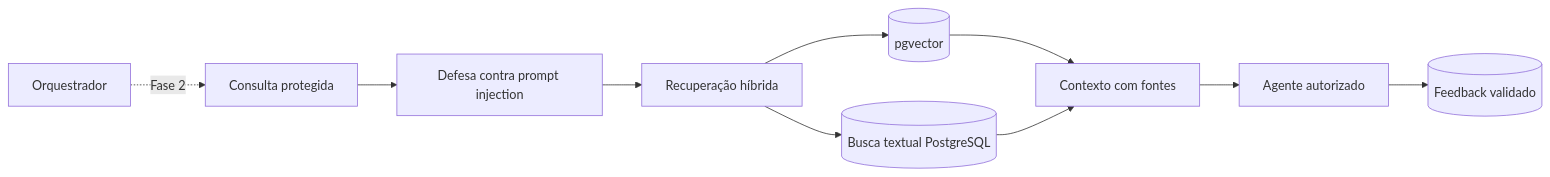
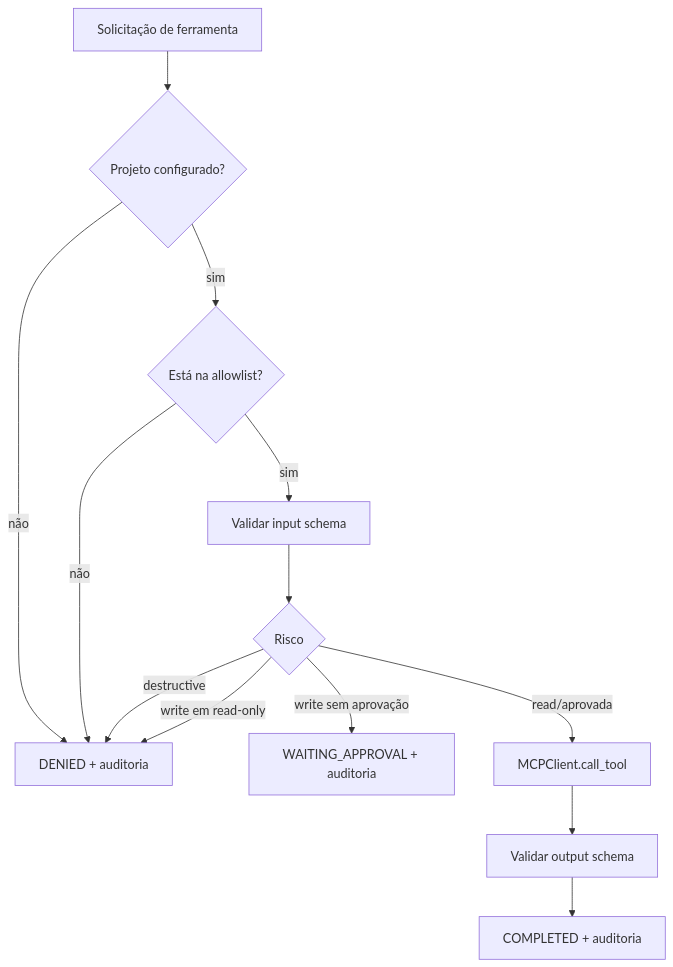
One commit to AriRoberto/ai-engineering-orchestrator changed the third of 3 diagrams in docs/pt-BR/guia-arquitetura.md. Above: the diagram before and after it, drawn with Mermaid. The commit also changed other lines of this file and 40 other files, not shown here.

````diff
--- a/docs/pt-BR/guia-arquitetura.md
+++ b/docs/pt-BR/guia-arquitetura.md
@@ -156,12 +84,15 @@
 ```mermaid
-flowchart LR
-    O[Orquestrador] -. Fase 2 .-> Q[Consulta protegida]
-    Q --> PI[Defesa contra prompt injection]
-    PI --> HR[Recuperação híbrida]
-    HR --> V[(pgvector)]
-    HR --> T[(Busca textual PostgreSQL)]
-    V --> C[Contexto com fontes]
-    T --> C
-    C --> AG[Agente autorizado]
-    AG --> FB[(Feedback validado)]
+flowchart TD
+    R[Solicitação de ferramenta] --> C{Projeto configurado?}
+    C -- não --> X[DENIED + auditoria]
+    C -- sim --> W{Está na allowlist?}
+    W -- não --> X
+    W -- sim --> I[Validar input schema]
+    I --> K{Risco}
+    K -- destructive --> X
+    K -- write em read-only --> X
+    K -- write sem aprovação --> H[WAITING_APPROVAL + auditoria]
+    K -- read/aprovada --> T[MCPClient.call_tool]
+    T --> O[Validar output schema]
+    O --> Q[COMPLETED + auditoria]
 ```
````
